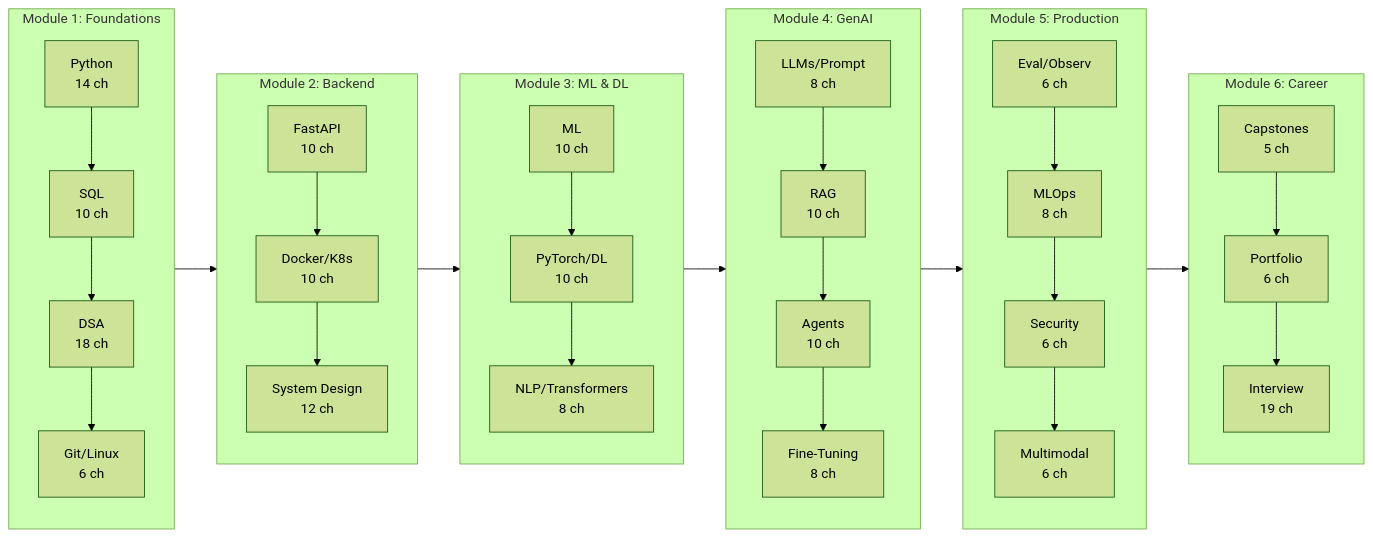
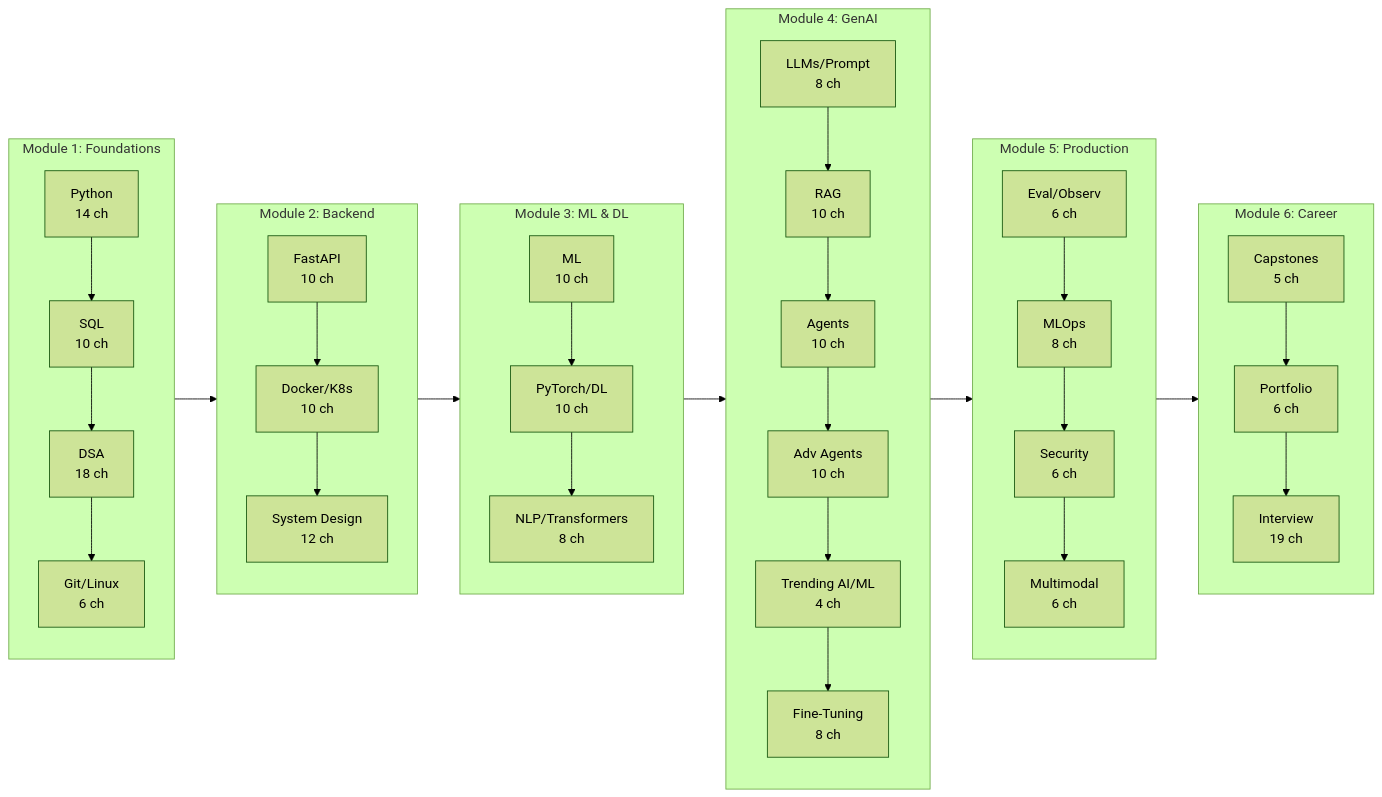
One commit to Raushan666java/ai-engineering-journey changed the first of 2 diagrams in docs/courses/ai-engineering-placement/index.md. Above: the diagram before and after it, drawn with Mermaid (forest theme). The commit also changed other lines of this file and 29 other files, not shown here.

````diff
--- a/docs/courses/ai-engineering-placement/index.md
+++ b/docs/courses/ai-engineering-placement/index.md
@@ -44,35 +44,37 @@
 ```mermaid
 flowchart LR
     subgraph M1[Module 1: Foundations]
         P1[Python<br/>14 ch] --> SQL[SQL<br/>10 ch]
         SQL --> DSA[DSA<br/>18 ch]
         DSA --> GLC[Git/Linux<br/>6 ch]
     end
     subgraph M2[Module 2: Backend]
         FB[FastAPI<br/>10 ch] --> DKC[Docker/K8s<br/>10 ch]
         DKC --> SD[System Design<br/>12 ch]
     end
     subgraph M3[Module 3: ML & DL]
         ML[ML<br/>10 ch] --> DL[PyTorch/DL<br/>10 ch]
         DL --> NLP[NLP/Transformers<br/>8 ch]
     end
     subgraph M4[Module 4: GenAI]
         LLM[LLMs/Prompt<br/>8 ch] --> RAG[RAG<br/>10 ch]
         RAG --> AGE[Agents<br/>10 ch]
-        AGE --> FT[Fine-Tuning<br/>8 ch]
+        AGE --> AAA[Adv Agents<br/>10 ch]
+        AAA --> TMP[Trending AI/ML<br/>4 ch]
+        TMP --> FT[Fine-Tuning<br/>8 ch]
     end
     subgraph M5[Module 5: Production]
         EVAL[Eval/Observ<br/>6 ch] --> MLOps[MLOps<br/>8 ch]
         MLOps --> SEC[Security<br/>6 ch]
         SEC --> MM[Multimodal<br/>6 ch]
     end
     subgraph M6[Module 6: Career]
         CAP[Capstones<br/>5 ch] --> PORT[Portfolio<br/>6 ch]
         PORT --> INT[Interview<br/>19 ch]
     end
     M1 --> M2
     M2 --> M3
     M3 --> M4
     M4 --> M5
     M5 --> M6
 ```
````
